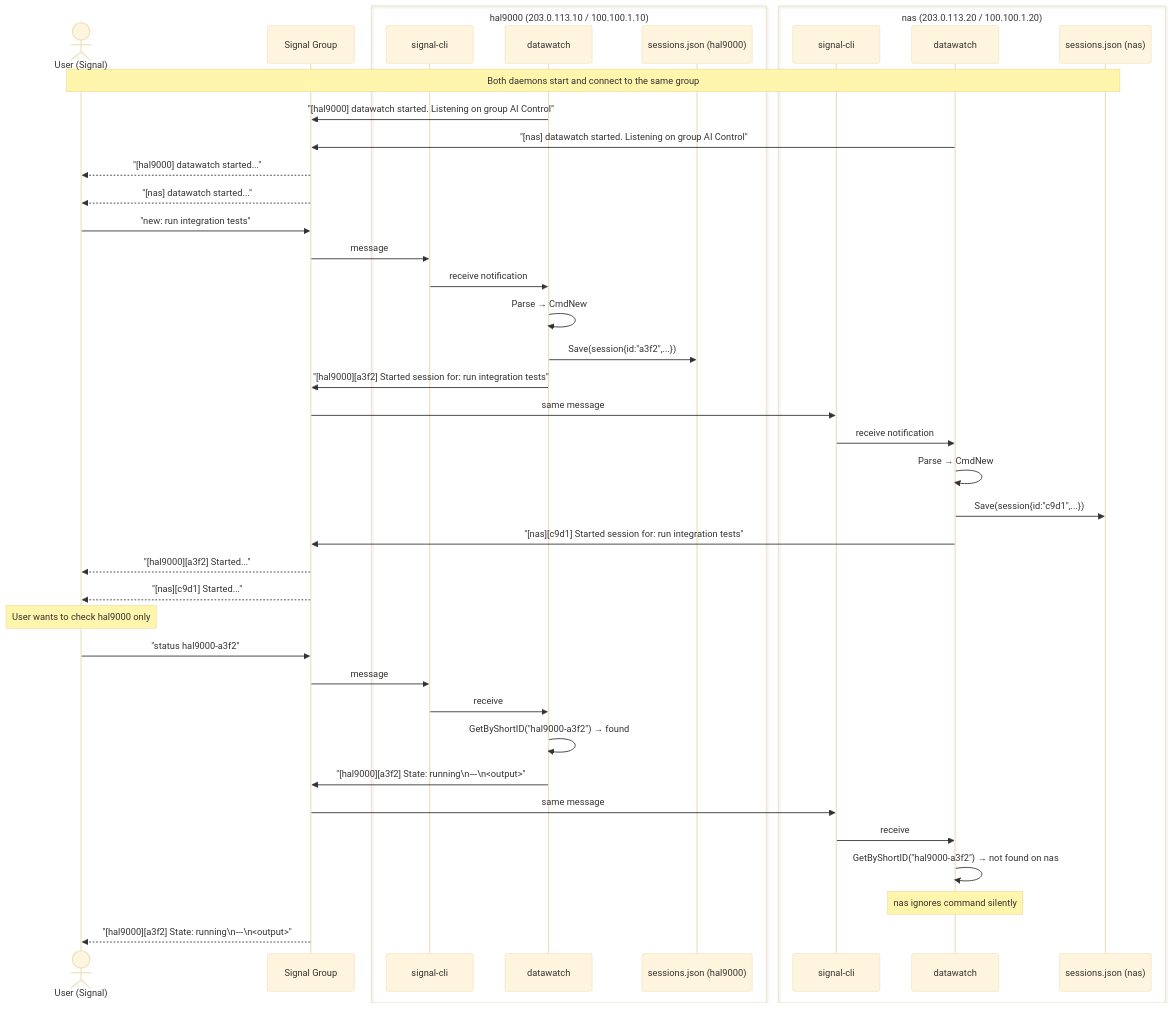
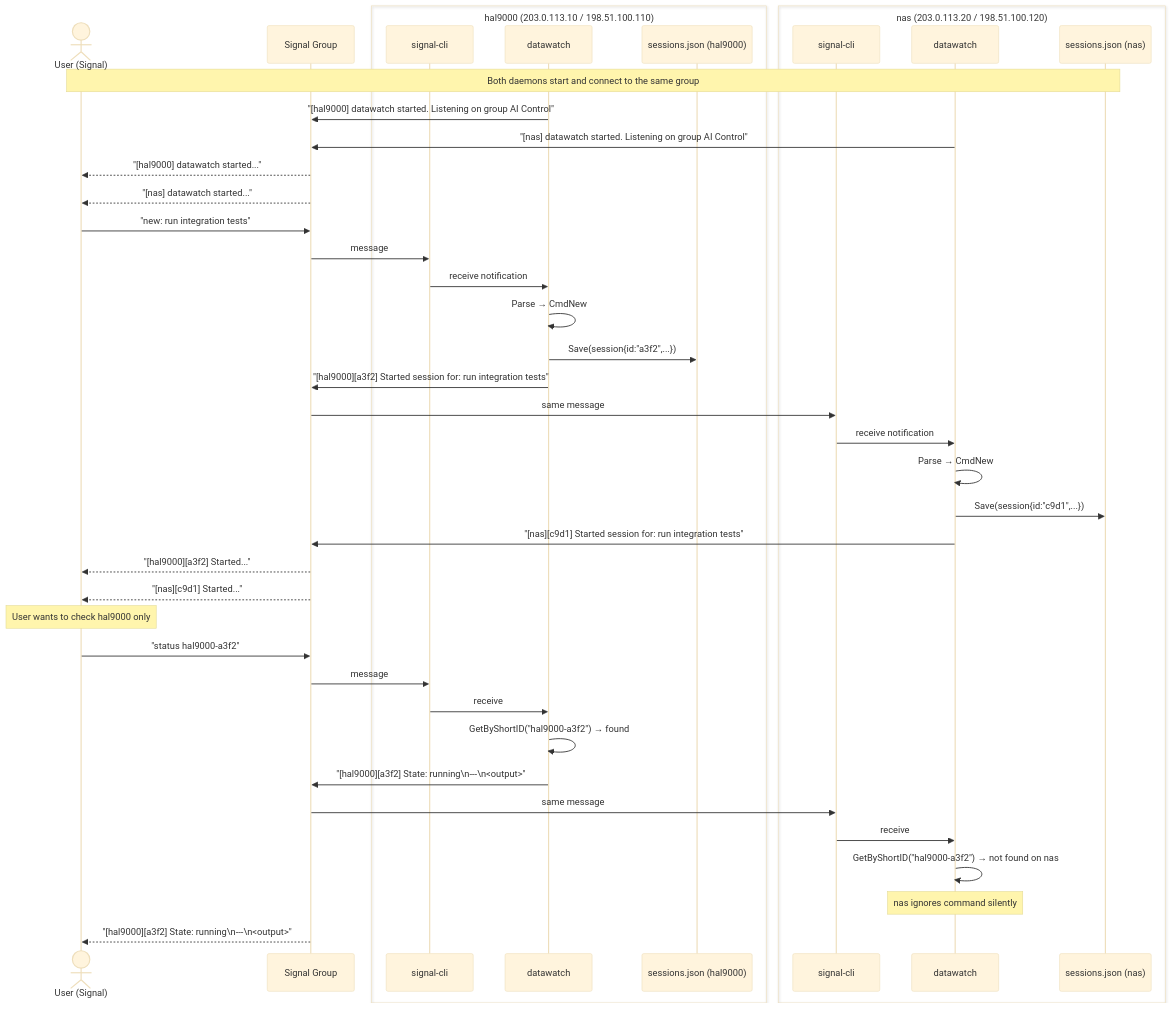
The diagram in docs/flow/multi-machine-flow.md (dmz006/datawatch), drawn with Mermaid (base theme) before and after one commit. The commit also changed 86 other files, not shown here.

````diff
--- a/docs/flow/multi-machine-flow.md
+++ b/docs/flow/multi-machine-flow.md
@@ -5,52 +5,52 @@
 ```mermaid
 sequenceDiagram
     actor User as User (Signal)
     participant Group as Signal Group
 
-    box hal9000 (203.0.113.10 / 100.100.1.10)
+    box hal9000 (203.0.113.10 / 198.51.100.110)
         participant CLI_H as signal-cli
         participant Agent_H as datawatch
         participant Store_H as sessions.json (hal9000)
     end
 
-    box nas (203.0.113.20 / 100.100.1.20)
+    box nas (203.0.113.20 / 198.51.100.120)
         participant CLI_N as signal-cli
         participant Agent_N as datawatch
         participant Store_N as sessions.json (nas)
     end
 
     Note over User,Store_N: Both daemons start and connect to the same group
     Agent_H->>Group: "[hal9000] datawatch started. Listening on group AI Control"
     Agent_N->>Group: "[nas] datawatch started. Listening on group AI Control"
     Group-->>User: "[hal9000] datawatch started..."
     Group-->>User: "[nas] datawatch started..."
 
     User->>Group: "new: run integration tests"
     Group->>CLI_H: message
     CLI_H->>Agent_H: receive notification
     Agent_H->>Agent_H: Parse → CmdNew
     Agent_H->>Store_H: Save(session{id:"a3f2",...})
     Agent_H->>Group: "[hal9000][a3f2] Started session for: run integration tests"
 
     Group->>CLI_N: same message
     CLI_N->>Agent_N: receive notification
     Agent_N->>Agent_N: Parse → CmdNew
     Agent_N->>Store_N: Save(session{id:"c9d1",...})
     Agent_N->>Group: "[nas][c9d1] Started session for: run integration tests"
 
     Group-->>User: "[hal9000][a3f2] Started..."
     Group-->>User: "[nas][c9d1] Started..."
 
     Note over User: User wants to check hal9000 only
     User->>Group: "status hal9000-a3f2"
     Group->>CLI_H: message
     CLI_H->>Agent_H: receive
     Agent_H->>Agent_H: GetByShortID("hal9000-a3f2") → found
     Agent_H->>Group: "[hal9000][a3f2] State: running\n---\n<output>"
     Group->>CLI_N: same message
     CLI_N->>Agent_N: receive
     Agent_N->>Agent_N: GetByShortID("hal9000-a3f2") → not found on nas
     Note over Agent_N: nas ignores command silently
 
     Group-->>User: "[hal9000][a3f2] State: running\n---\n<output>"
 ```
````
